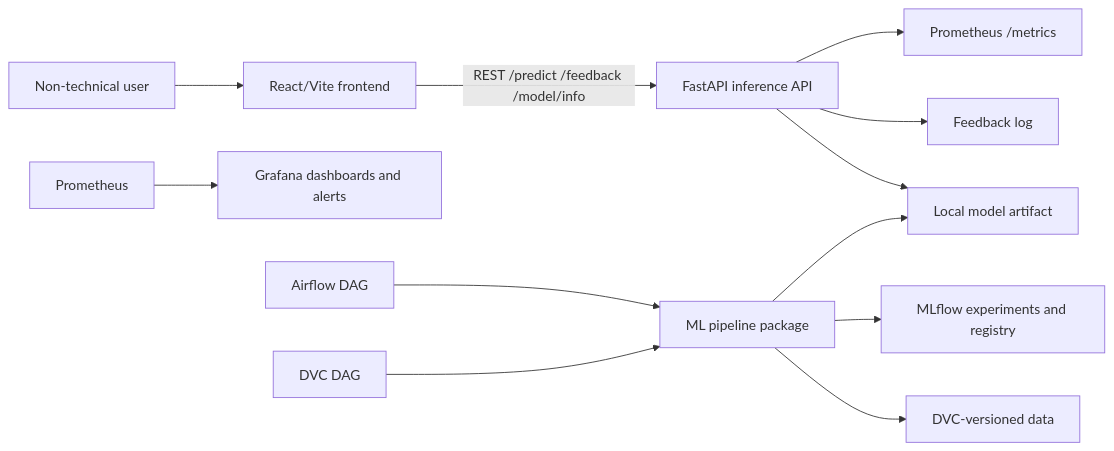
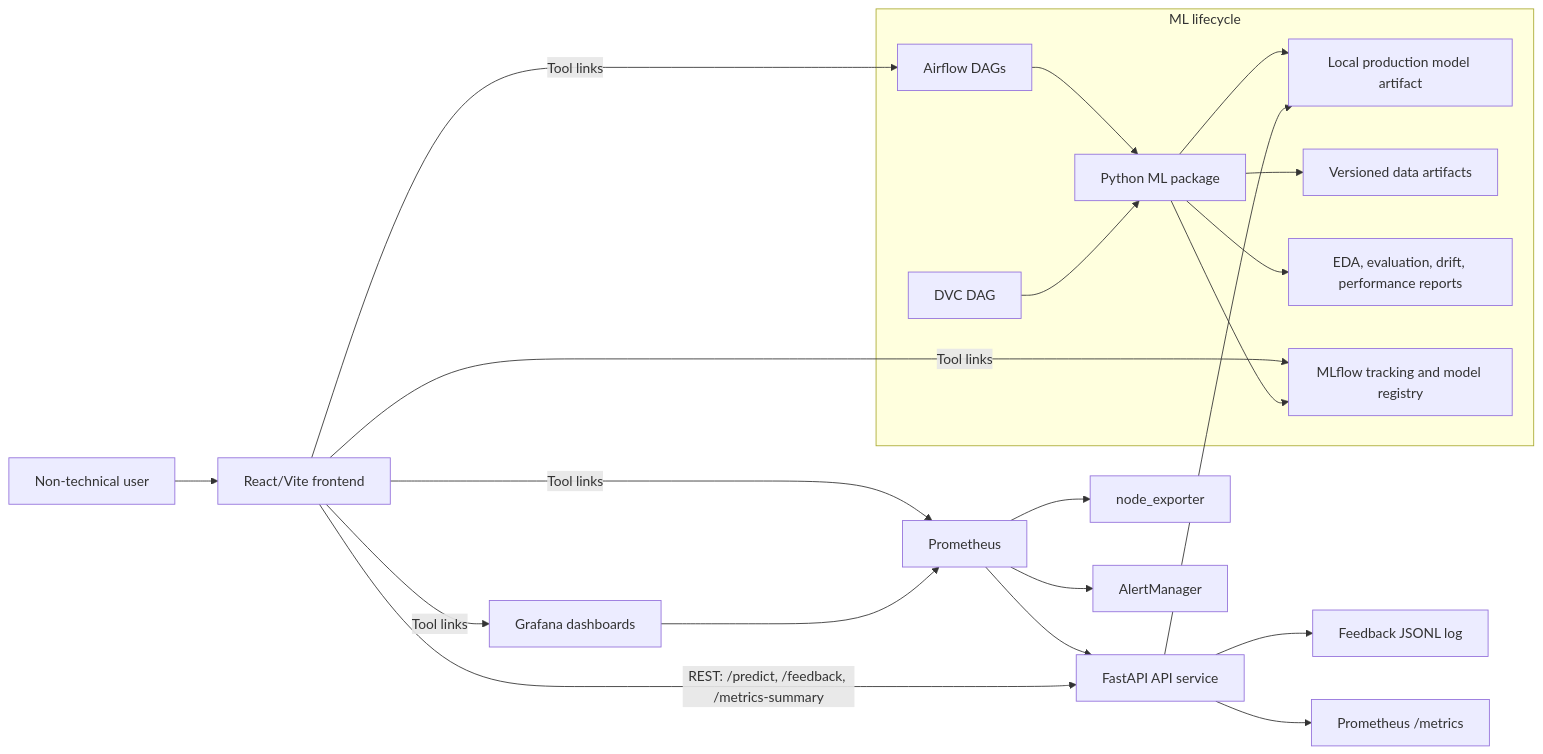
One commit to AkshayAmbekar26/da5402-final-project changed the first of 4 diagrams in docs/architecture.md. Above: the diagram before and after it, drawn with Mermaid. The commit also changed other lines of this file and 87 other files, not shown here.

````diff
--- a/docs/architecture.md
+++ b/docs/architecture.md
@@ -7,14 +11,26 @@
 ```mermaid
 flowchart LR
-  User["Non-technical user"] --> Frontend["React/Vite frontend"]
-  Frontend -->|REST /predict /feedback /model/info| API["FastAPI inference API"]
-  API --> Model["Local model artifact"]
-  API --> Feedback["Feedback log"]
+  User["Non-technical user"] --> FE["React/Vite frontend"]
+  FE -->|"REST: /predict, /feedback, /metrics-summary"| API["FastAPI API service"]
+  API --> Model["Local production model artifact"]
+  API --> Feedback["Feedback JSONL log"]
   API --> Metrics["Prometheus /metrics"]
-  Prometheus["Prometheus"] --> Grafana["Grafana dashboards and alerts"]
-  Airflow["Airflow DAG"] --> Pipeline["ML pipeline package"]
-  DVC["DVC DAG"] --> Pipeline
-  Pipeline --> Data["DVC-versioned data"]
-  Pipeline --> MLflow["MLflow experiments and registry"]
-  Pipeline --> Model
+
+  subgraph MLLifecycle["ML lifecycle"]
+    DVC["DVC DAG"] --> Pipeline["Python ML package"]
+    Airflow["Airflow DAGs"] --> Pipeline
+    Pipeline --> Data["Versioned data artifacts"]
+    Pipeline --> Reports["EDA, evaluation, drift, performance reports"]
+    Pipeline --> MLflow["MLflow tracking and model registry"]
+    Pipeline --> Model
+  end
+
+  Prometheus["Prometheus"] --> API
+  Prometheus --> NodeExporter["node_exporter"]
+  Prometheus --> AlertManager["AlertManager"]
+  Grafana["Grafana dashboards"] --> Prometheus
+  FE -->|"Tool links"| Airflow
+  FE -->|"Tool links"| MLflow
+  FE -->|"Tool links"| Prometheus
+  FE -->|"Tool links"| Grafana
 ```
````
